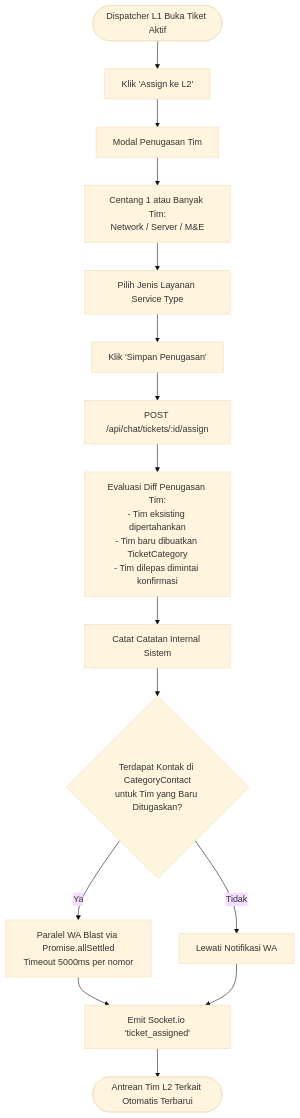
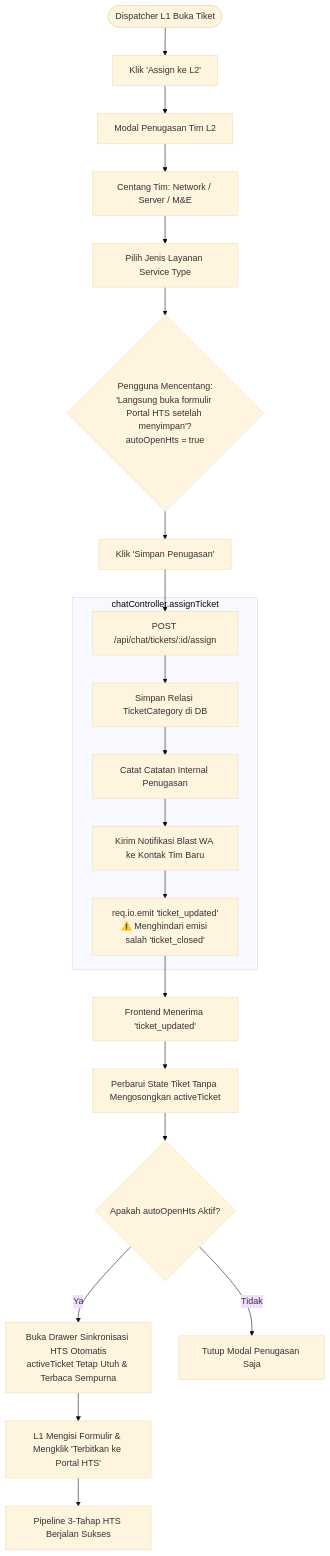
One commit to llaurensius/hts-chat-integration changed the fourth of 5 diagrams in docs/Architecture.md. Above: the diagram before and after it, drawn with Mermaid (base theme). The commit also changed other lines of this file and 7 other files, not shown here.

Commit message:
docs: add comprehensive technical documentation and system architecture summaries

````diff
--- a/docs/Architecture.md
+++ b/docs/Architecture.md
@@ -151,18 +207,28 @@
 ```mermaid
 flowchart TD
-    A([Dispatcher L1 Buka Tiket Aktif]) --> B[Klik 'Assign ke L2']
-    B --> C[Modal Penugasan Tim]
-    C --> D[Centang 1 atau Banyak Tim:<br/>Network / Server / M&E]
+    A([Dispatcher L1 Buka Tiket]) --> B[Klik 'Assign ke L2']
+    B --> C[Modal Penugasan Tim L2]
+    C --> D[Centang Tim: Network / Server / M&E]
     D --> E[Pilih Jenis Layanan Service Type]
-    E --> F[Klik 'Simpan Penugasan']
-
-    F --> G[POST /api/chat/tickets/:id/assign]
-    G --> H[Evaluasi Diff Penugasan Tim:<br/>- Tim eksisting dipertahankan<br/>- Tim baru dibuatkan TicketCategory<br/>- Tim dilepas dimintai konfirmasi]
-    H --> I[Catat Catatan Internal Sistem]
-    I --> J{Terdapat Kontak di CategoryContact<br/>untuk Tim yang Baru Ditugaskan?}
-    J -- Ya --> K[Paralel WA Blast via Promise.allSettled<br/>Timeout 5000ms per nomor]
-    J -- Tidak --> L[Lewati Notifikasi WA]
-    K --> M[Emit Socket.io 'ticket_assigned']
-    L --> M
-    M --> N([Antrean Tim L2 Terkait Otomatis Terbarui])
+    E --> F{Pengguna Mencentang:<br/>'Langsung buka formulir Portal HTS setelah menyimpan'?<br/>autoOpenHts = true}
+    
+    F --> G[Klik 'Simpan Penugasan']
+    G --> H[POST /api/chat/tickets/:id/assign]
+    
+    subgraph Backend_Assign [chatController.assignTicket]
+        H --> I[Simpan Relasi TicketCategory di DB]
+        I --> J[Catat Catatan Internal Penugasan]
+        J --> K[Kirim Notifikasi Blast WA ke Kontak Tim Baru]
+        K --> L[req.io.emit 'ticket_updated'<br/>⚠️ Menghindari emisi salah 'ticket_closed']
+    end
+    
+    L --> M[Frontend Menerima 'ticket_updated']
+    M --> N[Perbarui State Tiket Tanpa Mengosongkan activeTicket]
+    
+    N --> O{Apakah autoOpenHts Aktif?}
+    O -- Ya --> P[Buka Drawer Sinkronisasi HTS Otomatis<br/>activeTicket Tetap Utuh & Terbaca Sempurna]
+    O -- Tidak --> Q[Tutup Modal Penugasan Saja]
+    
+    P --> R[L1 Mengisi Formulir & Mengklik 'Terbitkan ke Portal HTS']
+    R --> S[Pipeline 3-Tahap HTS Berjalan Sukses]
 ```
````
